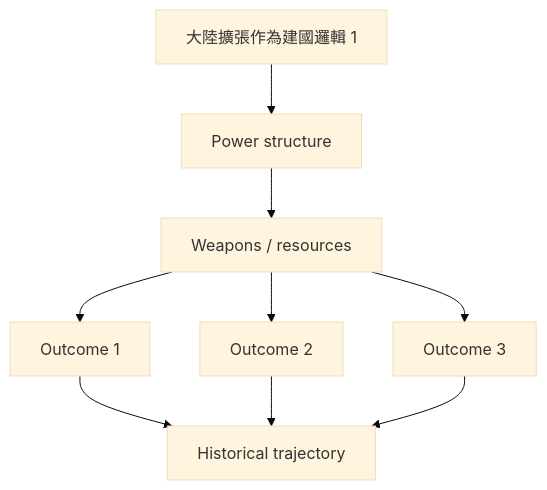
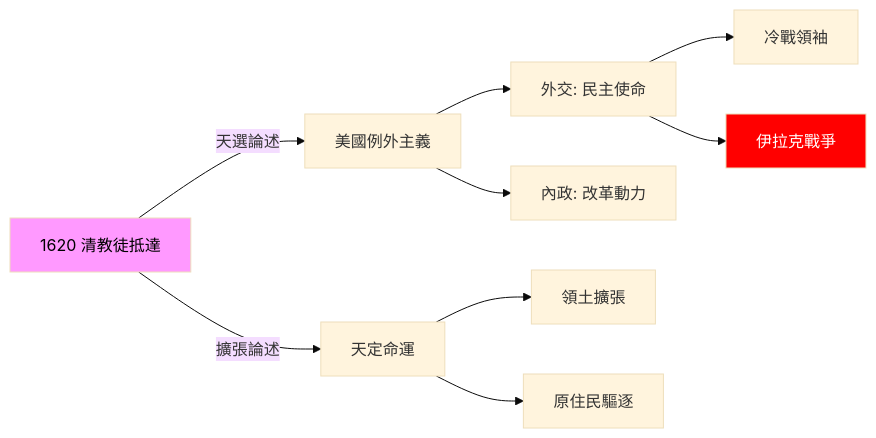
One commit to yip-lgtm/HKU-Harvard-History-Self-Study changed the first of 10 diagrams in 01_HKU_Courses/HIST1025_Introduction_to_the_United_States.md. Above: the diagram before and after it, drawn with Mermaid (base theme). The commit also changed other lines of this file and 48 other files, not shown here.

````diff
--- a/01_HKU_Courses/HIST1025_Introduction_to_the_United_States.md
+++ b/01_HKU_Courses/HIST1025_Introduction_to_the_United_States.md
@@ -101,11 +160,16 @@
 ```mermaid
-graph TD
-    A[大陸擴張作為建國邏輯 1] --> B[Power structure]
-    B --> C[Weapons / resources]
-    C --> D[Outcome 1]
-    C --> E[Outcome 2]
-    C --> F[Outcome 3]
-    D --> G[Historical trajectory]
-    E --> G
-    F --> G
+flowchart LR
+    A[1620 清教徒抵達] -->|天選論述| B[美國例外主義]
+    A -->|擴張論述| C[天定命運]
+    
+    B --> D[外交: 民主使命]
+    B --> E[內政: 改革動力]
+    C --> F[領土擴張]
+    C --> G[原住民驅逐]
+    
+    D --> H[冷戰領袖]
+    D --> I[伊拉克戰爭]
+    
+    style A fill:#f9f,color:#000
+    style I fill:#f00,color:#fff
 ```
````
